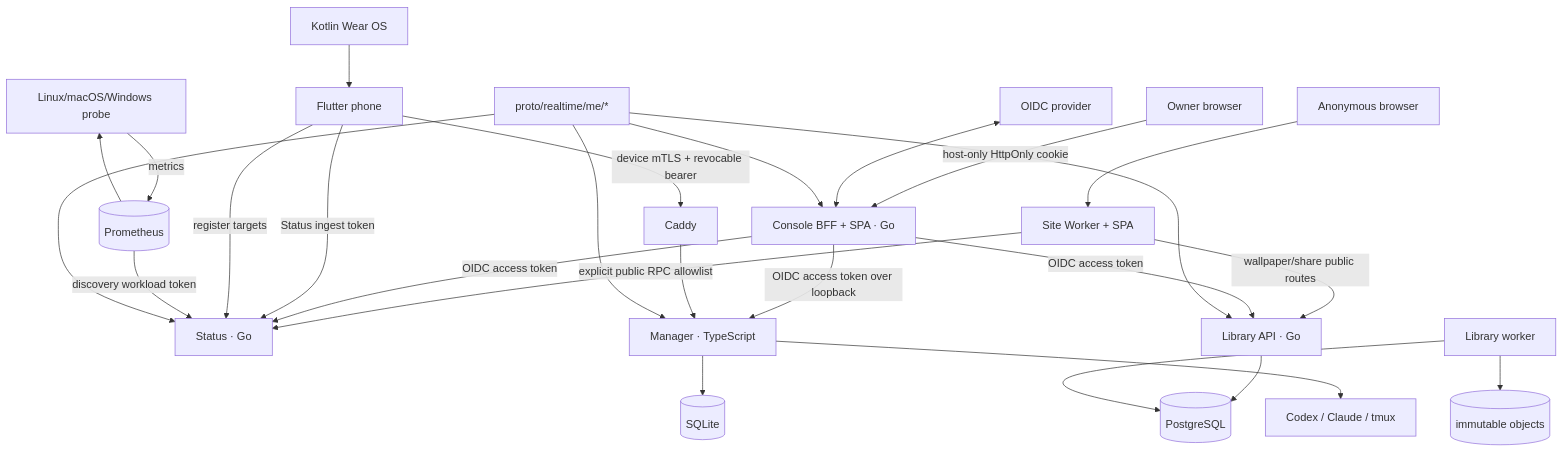
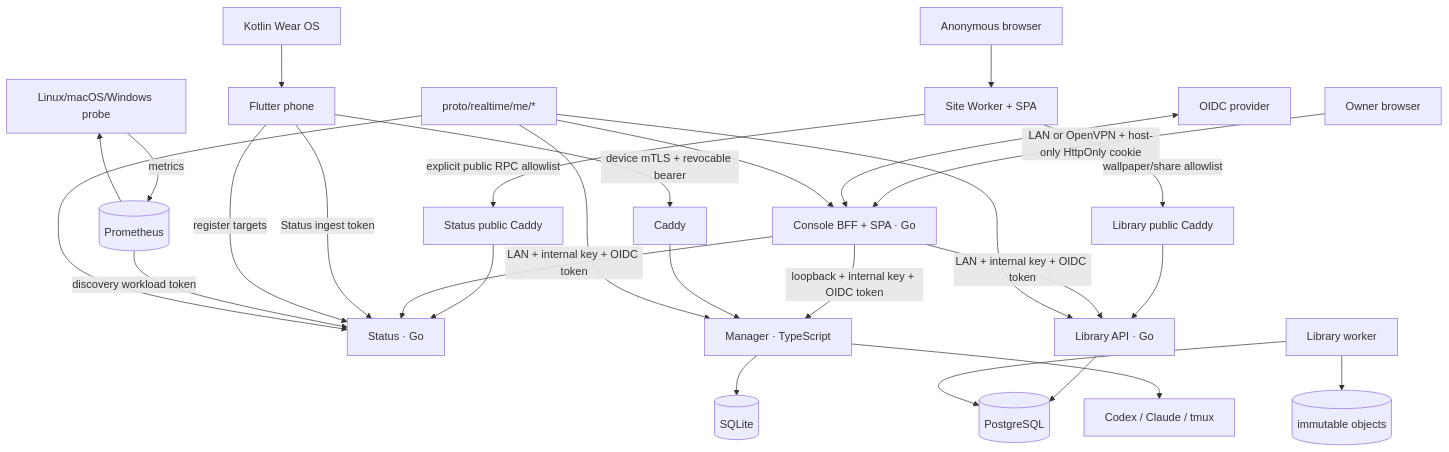
The diagram in docs/architecture/project-consolidation.md (pood1e/realtime-me), drawn with Mermaid before and after one commit. The commit also changed other lines of this file and 64 other files, not shown here.

````diff
--- a/docs/architecture/project-consolidation.md
+++ b/docs/architecture/project-consolidation.md
@@ -22,33 +22,35 @@
 ```mermaid
 flowchart TB
   Visitor[Anonymous browser] --> Site[Site Worker + SPA]
-  Site -->|explicit public RPC allowlist| StatusAPI[Status · Go]
-  Site -->|wallpaper/share public routes| LibraryAPI[Library API · Go]
+  Site -->|explicit public RPC allowlist| StatusPublic[Status public Caddy]
+  Site -->|wallpaper/share allowlist| LibraryPublic[Library public Caddy]
+  StatusPublic --> StatusAPI[Status · Go]
+  LibraryPublic --> LibraryAPI[Library API · Go]
 
-  Owner[Owner browser] -->|host-only HttpOnly cookie| Console[Console BFF + SPA · Go]
-  Console -->|OIDC access token| StatusAPI
-  Console -->|OIDC access token| LibraryAPI
-  Console -->|OIDC access token over loopback| ManagerAPI[Manager · TypeScript]
+  Owner[Owner browser] -->|LAN or OpenVPN + host-only HttpOnly cookie| Console[Console BFF + SPA · Go]
+  Console -->|LAN + internal key + OIDC token| StatusAPI
+  Console -->|LAN + internal key + OIDC token| LibraryAPI
+  Console -->|loopback + internal key + OIDC token| ManagerAPI[Manager · TypeScript]
   IdP[OIDC provider] <--> Console
 
   Mobile[Flutter phone] -->|Status ingest token| StatusAPI
   Watch[Kotlin Wear OS] --> Mobile
   Probe[Linux/macOS/Windows probe] -->|metrics| Prometheus[(Prometheus)]
   Mobile -->|register targets| StatusAPI
   Prometheus -->|discovery workload token| StatusAPI
   Prometheus --> Probe
 
   Mobile -->|device mTLS + revocable bearer| Caddy[Caddy]
   Caddy --> ManagerAPI
 
   LibraryAPI --> Postgres[(PostgreSQL)]
   LibraryWorker[Library worker] --> Postgres
   LibraryWorker --> Objects[(immutable objects)]
   ManagerAPI --> SQLite[(SQLite)]
   ManagerAPI --> CLIs[Codex / Claude / tmux]
 
   Proto[proto/realtime/me/*] --> StatusAPI
   Proto --> LibraryAPI
   Proto --> ManagerAPI
   Proto --> Console
 ```
````
